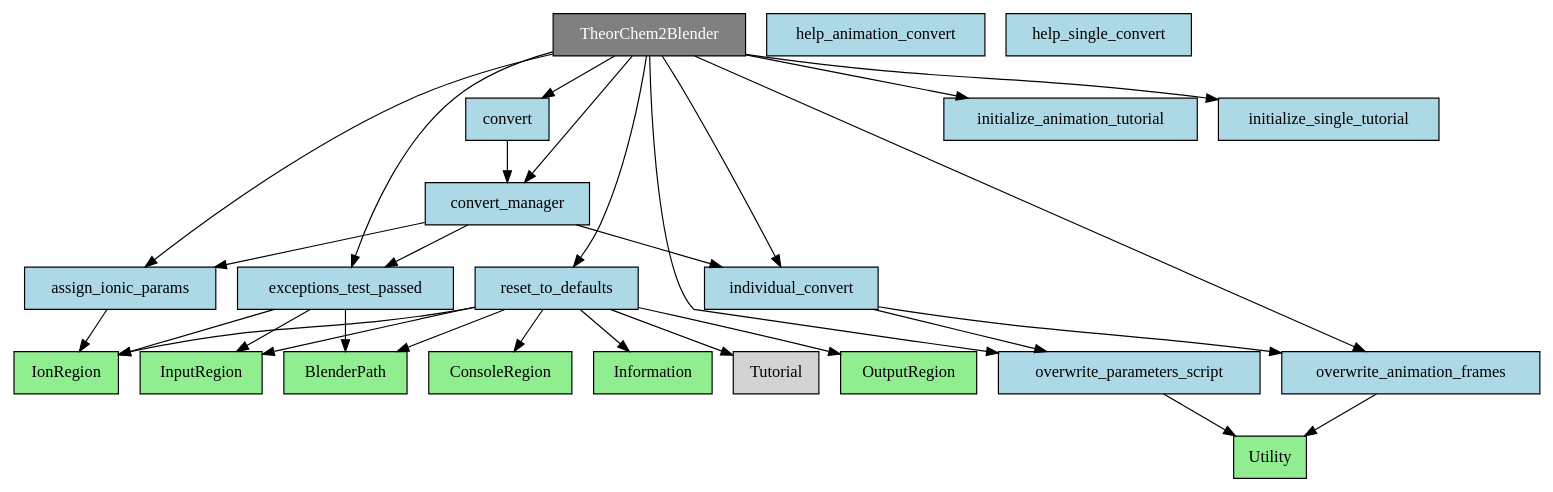
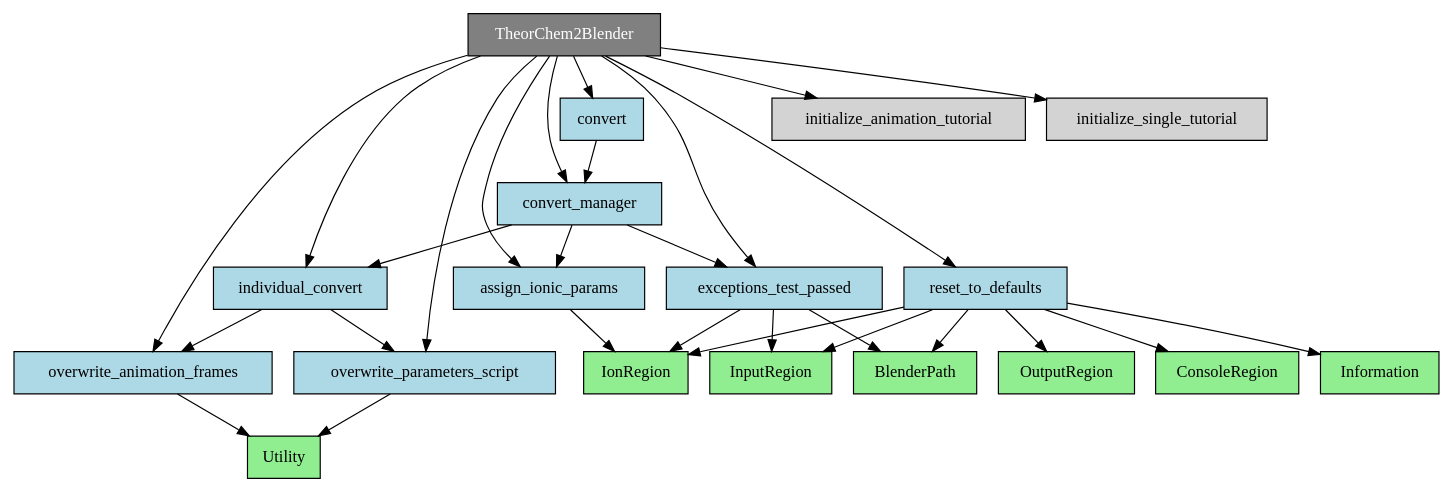
One commit to eecheve/Gaussian-2-Blender changed the second of 2 diagrams in docs/components.rst. Above: the diagram before and after it, drawn with Graphviz. The commit also changed 35 other files, not shown here.

```diff
--- a/docs/components.rst
+++ b/docs/components.rst
@@ -85,67 +85,60 @@
 .. graphviz::
 
    digraph TheorChem2Blender {
       node [shape=box, style=filled];
 
       TheorChem2Blender [fillcolor=gray, fontcolor=white, color=black, style=filled, shape=box];
 
       assign_ionic_params [fillcolor=lightblue];
       convert [fillcolor=lightblue];
       convert_manager [fillcolor=lightblue];
       exceptions_test_passed [fillcolor=lightblue];
-      help_animation_convert [fillcolor=lightblue];
-      help_single_convert [fillcolor=lightblue];
       individual_convert [fillcolor=lightblue];
-      initialize_animation_tutorial [fillcolor=lightblue];
-      initialize_single_tutorial [fillcolor=lightblue];
       overwrite_animation_frames [fillcolor=lightblue];
       overwrite_parameters_script [fillcolor=lightblue];
       reset_to_defaults [fillcolor=lightblue];
 
       IonRegion [fillcolor=lightgreen];
       Utility [fillcolor=lightgreen];
       BlenderPath [fillcolor=lightgreen];
       OutputRegion [fillcolor=lightgreen];
       InputRegion [fillcolor=lightgreen];
       ConsoleRegion [fillcolor=lightgreen];
       Information [fillcolor=lightgreen];
 
       TheorChem2Blender -> assign_ionic_params;
       TheorChem2Blender -> convert;
       TheorChem2Blender -> convert_manager;
       TheorChem2Blender -> exceptions_test_passed;
       TheorChem2Blender -> individual_convert;
       TheorChem2Blender -> initialize_animation_tutorial;
       TheorChem2Blender -> initialize_single_tutorial;
       TheorChem2Blender -> overwrite_animation_frames;
       TheorChem2Blender -> overwrite_parameters_script;
       TheorChem2Blender -> reset_to_defaults;
 
       assign_ionic_params -> IonRegion;
 
       convert -> convert_manager;
 
       convert_manager -> exceptions_test_passed;
       convert_manager -> assign_ionic_params;
       convert_manager -> individual_convert;
 
       exceptions_test_passed -> BlenderPath;
       exceptions_test_passed -> InputRegion;
       exceptions_test_passed -> IonRegion;
 
       individual_convert -> overwrite_animation_frames;
       individual_convert -> overwrite_parameters_script;
 
       overwrite_animation_frames -> Utility;
-
       overwrite_parameters_script -> Utility;
 
       reset_to_defaults -> BlenderPath;
       reset_to_defaults -> OutputRegion;
       reset_to_defaults -> InputRegion;
       reset_to_defaults -> IonRegion;
       reset_to_defaults -> ConsoleRegion;
       reset_to_defaults -> Information;
-      reset_to_defaults -> Tutorial;
-
    }
```
